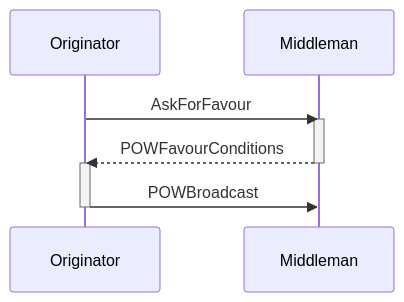
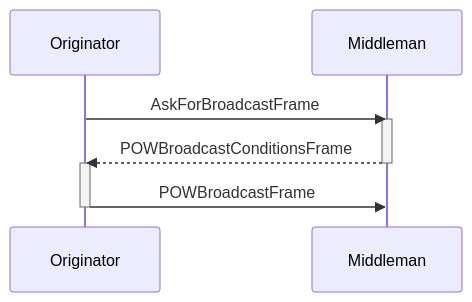
Before and after one commit to DontTrustVerifyOrg/gig-gossip: the fourth of 8 diagrams in whitepaper/protocol.md, drawn with Mermaid. The commit also changed other lines of this file and 1 other file, not shown here.

````diff
--- a/whitepaper/protocol.md
+++ b/whitepaper/protocol.md
@@ -139,10 +139,10 @@
 ```mermaid
 sequenceDiagram
-    Originator->>Middleman: AskForFavour
+    Originator->>Middleman: AskForBroadcastFrame
     activate Middleman
-    Middleman-->>Originator: POWFavourConditions
+    Middleman-->>Originator: POWBroadcastConditionsFrame
     deactivate Middleman
     activate Originator
-    Originator->>Middleman: POWBroadcast
+    Originator->>Middleman: POWBroadcastFrame
     deactivate Originator
 ```
````
